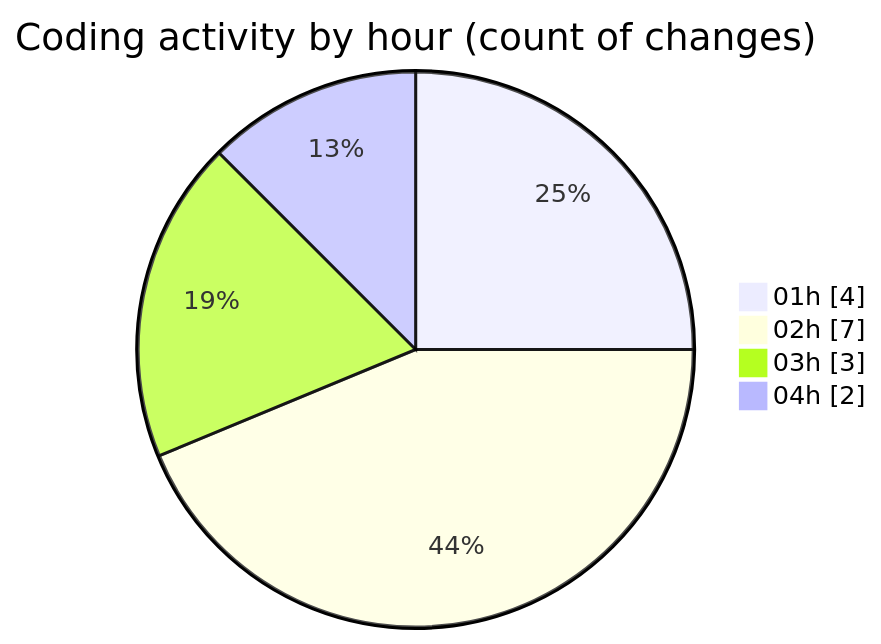
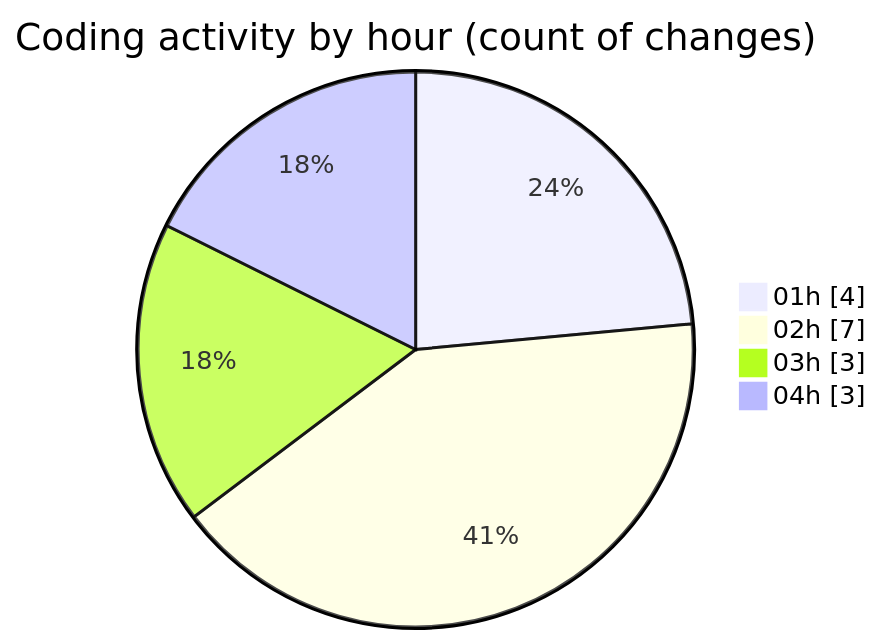
The second of 2 diagrams in 2025-07-15/telebot/README.md (jrari/code-tracking), drawn with Mermaid before and after one commit. The commit also changed other lines of this file and 1 other file, not shown here.

````diff
--- a/2025-07-15/telebot/README.md
+++ b/2025-07-15/telebot/README.md
@@ -32,8 +32,8 @@
 ```mermaid
 pie showData
 title Coding activity by hour (count of changes)
 "01h" : 4
 "02h" : 7
 "03h" : 3
-"04h" : 2
+"04h" : 3
 ```
````
